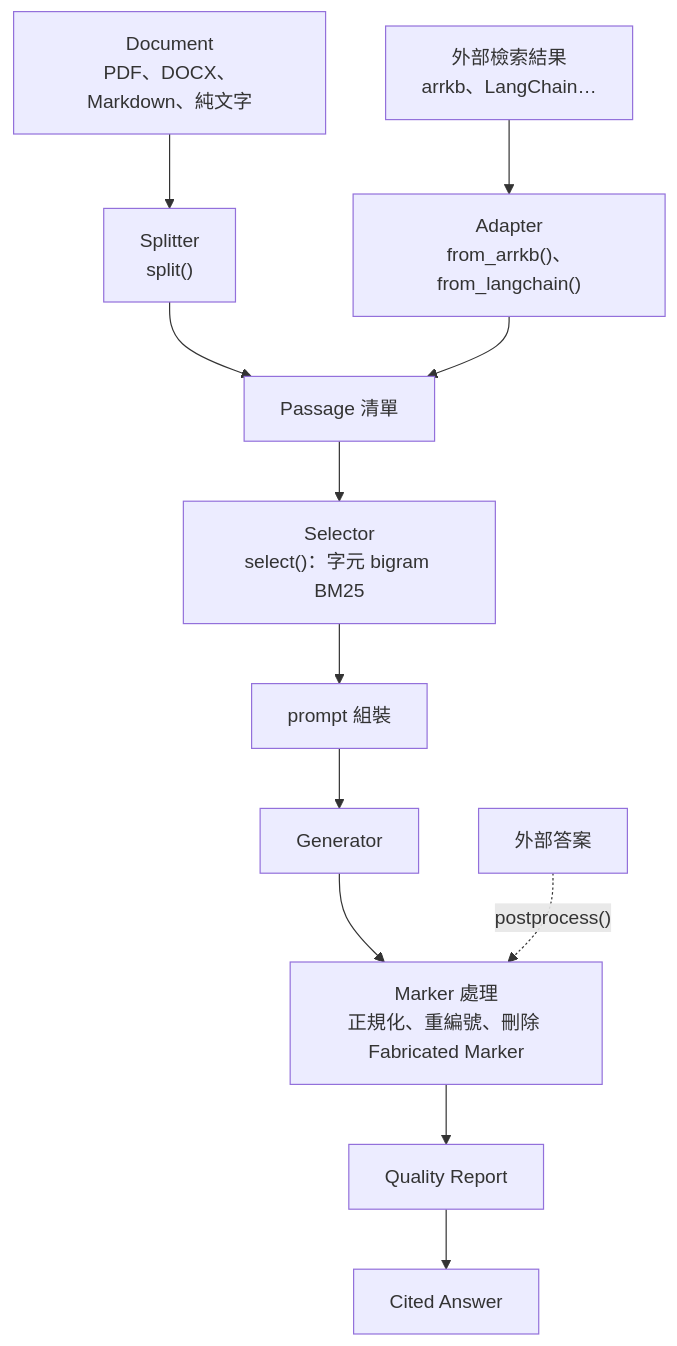
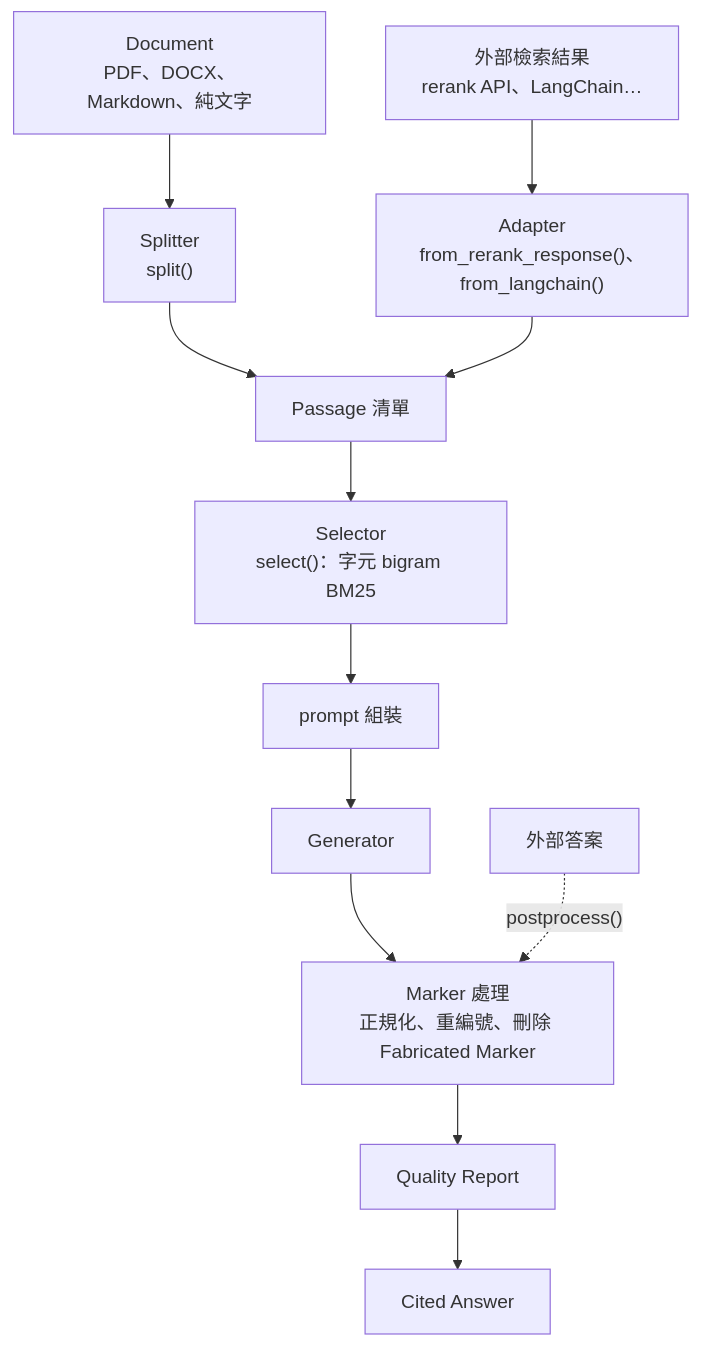
The second of 2 diagrams in README.md (xian-ai-1057/showreceipts), drawn with Mermaid before and after one commit. The commit also changed other lines of this file and 44 other files, not shown here.

````diff
--- a/README.md
+++ b/README.md
@@ -35,14 +35,14 @@
 ```mermaid
 flowchart TB
     doc["Document<br/>PDF、DOCX、Markdown、純文字"] --> splitter["Splitter<br/>split()"]
-    ext["外部檢索結果<br/>arrkb、LangChain…"] --> adapter["Adapter<br/>from_arrkb()、from_langchain()"]
+    ext["外部檢索結果<br/>rerank API、LangChain…"] --> adapter["Adapter<br/>from_rerank_response()、from_langchain()"]
     splitter --> plist["Passage 清單"]
     adapter --> plist
     plist --> selector["Selector<br/>select()：字元 bigram BM25"]
     selector --> prompt["prompt 組裝"]
     prompt --> generator["Generator"]
     generator --> markers["Marker 處理<br/>正規化、重編號、刪除 Fabricated Marker"]
     extans["外部答案"] -. "postprocess()" .-> markers
     markers --> quality["Quality Report"]
     quality --> cited["Cited Answer"]
 ```
````
